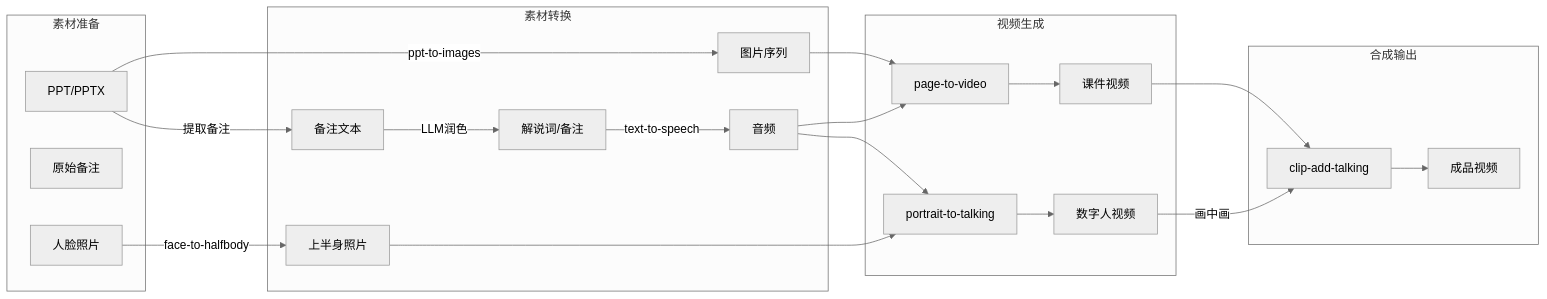
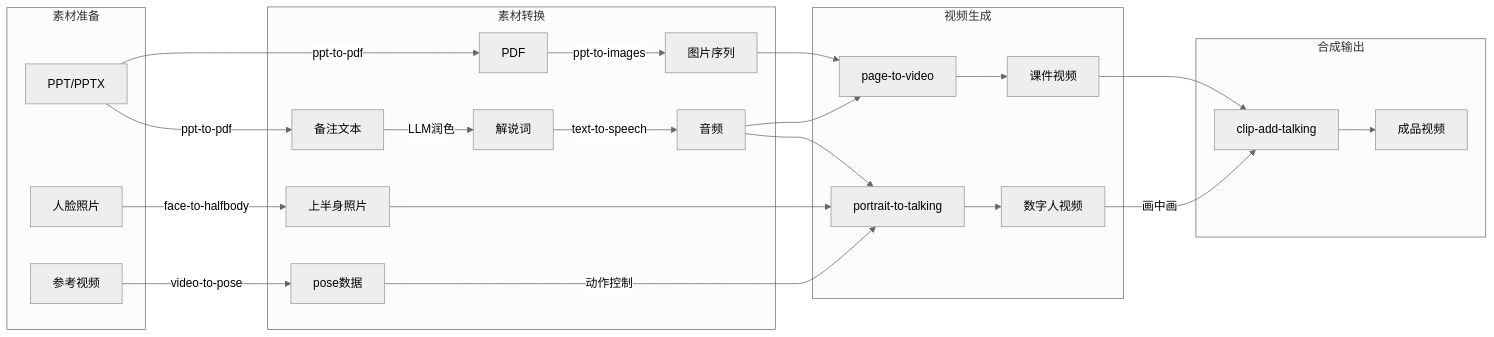
Before and after one commit to HQIT/geminar-toolchain: the diagram in README.md, drawn with Mermaid (neutral theme). The commit also changed other lines of this file and 8 other files, not shown here.

````diff
--- a/README.md
+++ b/README.md
@@ -20,31 +21,34 @@
 ```mermaid
 flowchart LR
     subgraph "素材准备"
         PPT[PPT/PPTX]
-        TEXT_RAW[原始备注]
         FACE[人脸照片]
+        REF_VIDEO[参考视频]
     end
 
     subgraph "素材转换"
-        PPT -->|ppt-to-images| IMAGES[图片序列]
-        PPT -->|提取备注| NOTES[备注文本]
-        NOTES -->|LLM润色| TEXT_MAT[解说词/备注]
+        PPT -->|ppt-to-pdf| PDF[PDF]
+        PPT -->|ppt-to-pdf| NOTES[备注文本]
+        PDF -->|ppt-to-images| IMAGES[图片序列]
+        NOTES -->|LLM润色| TEXT_MAT[解说词]
         TEXT_MAT -->|text-to-speech| AUDIO[音频]
         FACE -->|face-to-halfbody| HALFBODY[上半身照片]
+        REF_VIDEO -->|video-to-pose| POSE[pose数据]
     end
 
     subgraph "视频生成"
         IMAGES --> PTV[page-to-video]
         AUDIO --> PTV
         AUDIO --> PTT[portrait-to-talking]
         HALFBODY --> PTT
+        POSE -->|动作控制| PTT
         PTV --> SLIDE_VIDEO[课件视频]
         PTT --> TALKING_VIDEO[数字人视频]
     end
 
     subgraph "合成输出"
         SLIDE_VIDEO --> CAT[clip-add-talking]
         TALKING_VIDEO -->|画中画| CAT
         CAT --> OUTPUT[成品视频]
     end
 ```
````
